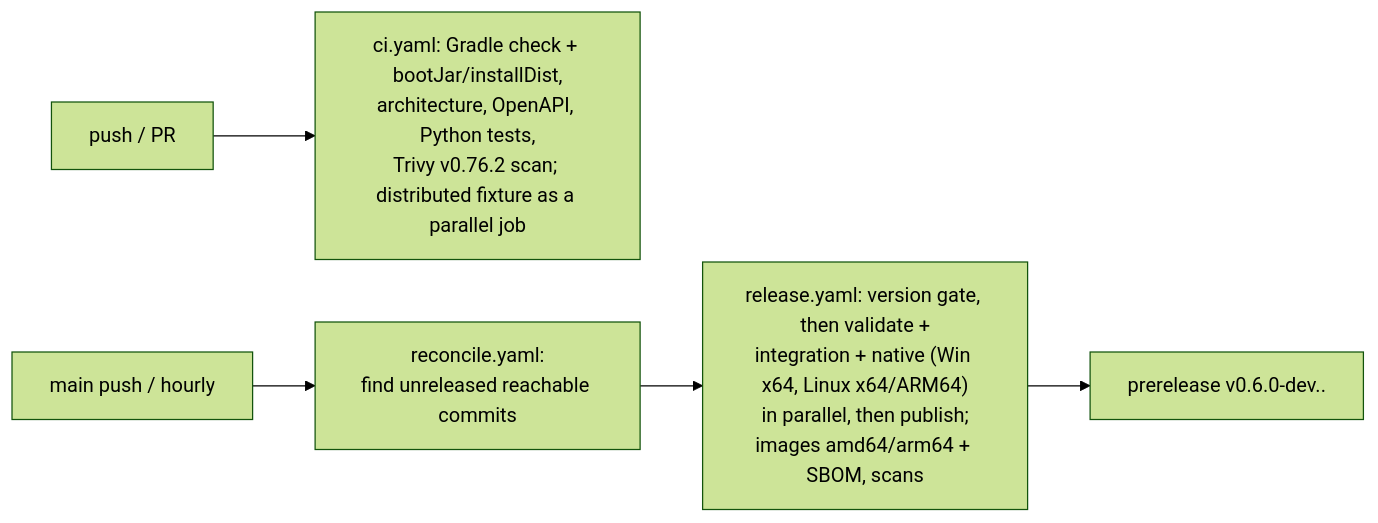
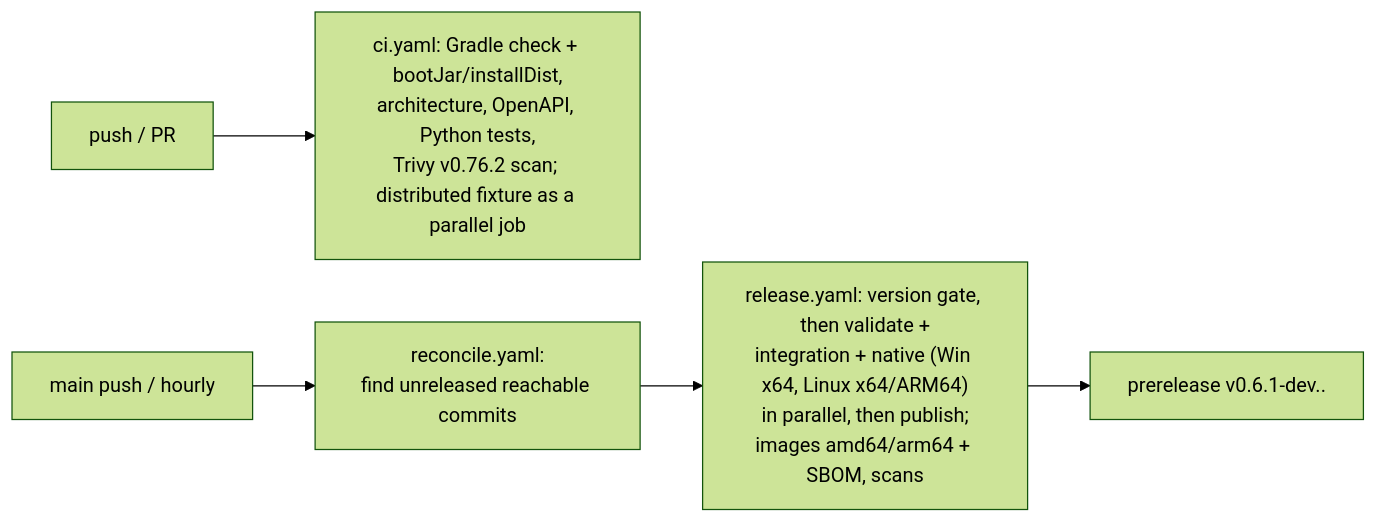
Diagram 12 of 12 in docs/GUIDE.md (athegreat90/minecraft-modsync), drawn with Mermaid (forest theme) before and after one commit. The commit also changed 16 other files, not shown here.

````diff
--- a/docs/GUIDE.md
+++ b/docs/GUIDE.md
@@ -384,7 +384,7 @@
 ```mermaid
 flowchart LR
   PR[push / PR] --> CI["ci.yaml: Gradle check + bootJar/installDist,\narchitecture, OpenAPI, Python tests,\nTrivy v0.76.2 scan; distributed fixture as a parallel job"]
   main[main push / hourly] --> REC["reconcile.yaml:\nfind unreleased reachable commits"]
   REC --> REL["release.yaml: version gate, then validate +\nintegration + native (Win x64, Linux x64/ARM64)\nin parallel, then publish;\nimages amd64/arm64 + SBOM, scans"]
-  REL --> PRE["prerelease v0.6.0-dev.<time>.<sha>"]
+  REL --> PRE["prerelease v0.6.1-dev.<time>.<sha>"]
 ```
````
